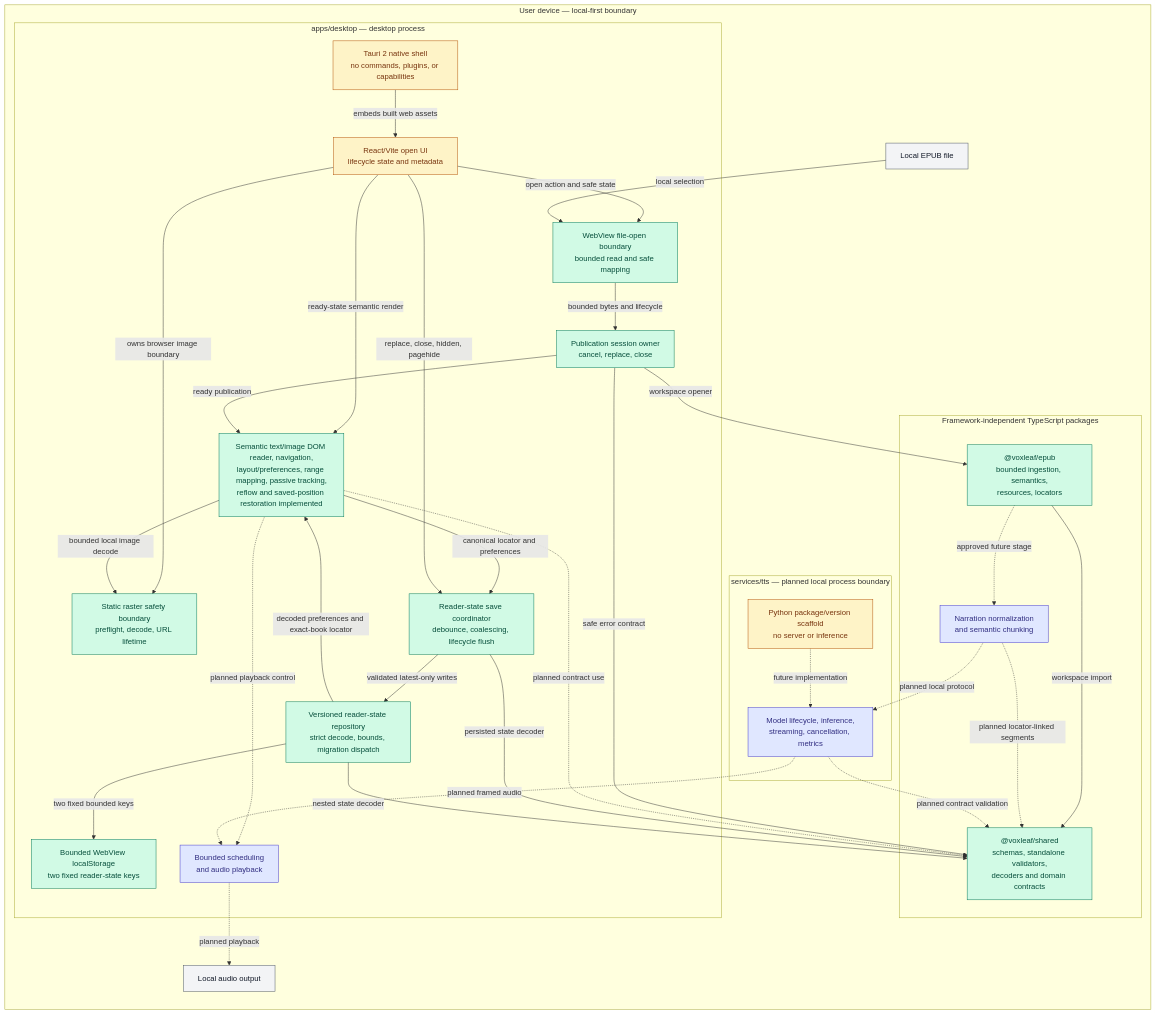
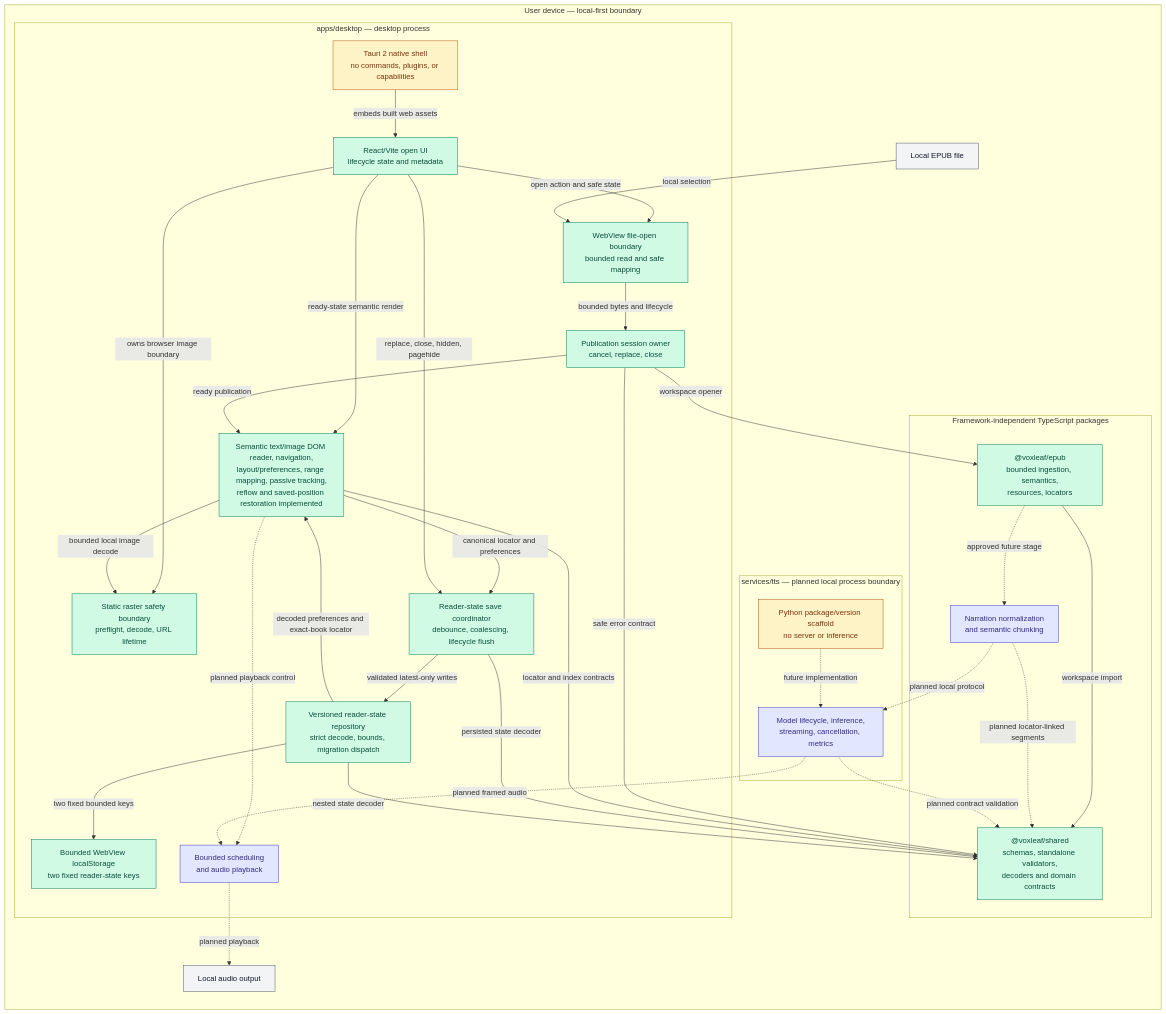
Before and after one commit to mmjosedaniel/voxleaf: the first of 2 diagrams in docs/architecture/system-diagram.md, drawn with Mermaid. The commit also changed other lines of this file and 12 other files, not shown here.

Commit message:
docs(reader): document implemented boundary (#73)

````diff
--- a/docs/architecture/system-diagram.md
+++ b/docs/architecture/system-diagram.md
@@ -24,64 +24,64 @@
 ```mermaid
 flowchart LR
   classDef implemented fill:#d1fae5,stroke:#047857,color:#064e3b
   classDef partial fill:#fef3c7,stroke:#b45309,color:#78350f
   classDef planned fill:#e0e7ff,stroke:#4338ca,color:#312e81
   classDef external fill:#f3f4f6,stroke:#4b5563,color:#111827
 
   subgraph device["User device — local-first boundary"]
     epubFile["Local EPUB file"]:::external
     audioDevice["Local audio output"]:::external
     readingStore["Bounded WebView localStorage<br/>two fixed reader-state keys"]:::implemented
 
     subgraph desktop["apps/desktop — desktop process"]
       nativeShell["Tauri 2 native shell<br/>no commands, plugins, or capabilities"]:::partial
-      webShell["React/Vite open UI<br/>lifecycle state and metadata"]:::partial
+      webShell["React/Vite open UI<br/>lifecycle state and metadata"]:::implemented
       fileBoundary["WebView file-open boundary<br/>bounded read and safe mapping"]:::implemented
       rasterBoundary["Static raster safety boundary<br/>preflight, decode, URL lifetime"]:::implemented
       publicationSession["Publication session owner<br/>cancel, replace, close"]:::implemented
       reader["Semantic text/image DOM reader, navigation,<br/>layout/preferences, range mapping, passive tracking,<br/>reflow and saved-position restoration implemented"]:::implemented
       saveCoordinator["Reader-state save coordinator<br/>debounce, coalescing, lifecycle flush"]:::implemented
       stateRepository["Versioned reader-state repository<br/>strict decode, bounds, migration dispatch"]:::implemented
       player["Bounded scheduling<br/>and audio playback"]:::planned
       nativeShell -->|embeds built web assets| webShell
       webShell -->|open action and safe state| fileBoundary
       webShell -->|owns browser image boundary| rasterBoundary
       webShell -->|ready-state semantic render| reader
       fileBoundary -->|bounded bytes and lifecycle| publicationSession
       publicationSession -->|ready publication| reader
       reader -->|bounded local image decode| rasterBoundary
       reader -->|canonical locator and preferences| saveCoordinator
       webShell -->|replace, close, hidden, pagehide| saveCoordinator
       saveCoordinator -->|validated latest-only writes| stateRepository
       stateRepository -->|two fixed bounded keys| readingStore
       reader -. planned playback control .-> player
     end
 
     subgraph libraries["Framework-independent TypeScript packages"]
       shared["@voxleaf/shared<br/>schemas, standalone validators,<br/>decoders and domain contracts"]:::implemented
       epub["@voxleaf/epub<br/>bounded ingestion, semantics,<br/>resources, locators"]:::implemented
       narration["Narration normalization<br/>and semantic chunking"]:::planned
       epub -->|workspace import| shared
       epub -. approved future stage .-> narration
     end
 
     subgraph tts["services/tts — planned local process boundary"]
       ttsFoundation["Python package/version scaffold<br/>no server or inference"]:::partial
       ttsRuntime["Model lifecycle, inference,<br/>streaming, cancellation, metrics"]:::planned
       ttsFoundation -. future implementation .-> ttsRuntime
     end
   end
 
   epubFile -->|local selection| fileBoundary
   publicationSession -->|workspace opener| epub
   publicationSession -->|safe error contract| shared
-  reader -. planned contract use .-> shared
+  reader -->|locator and index contracts| shared
   saveCoordinator -->|persisted state decoder| shared
   stateRepository -->|nested state decoder| shared
   stateRepository -->|decoded preferences and exact-book locator| reader
   narration -. planned locator-linked segments .-> shared
   narration -. planned local protocol .-> ttsRuntime
   ttsRuntime -. planned contract validation .-> shared
   ttsRuntime -. planned framed audio .-> player
   player -. planned playback .-> audioDevice
 ```
````
